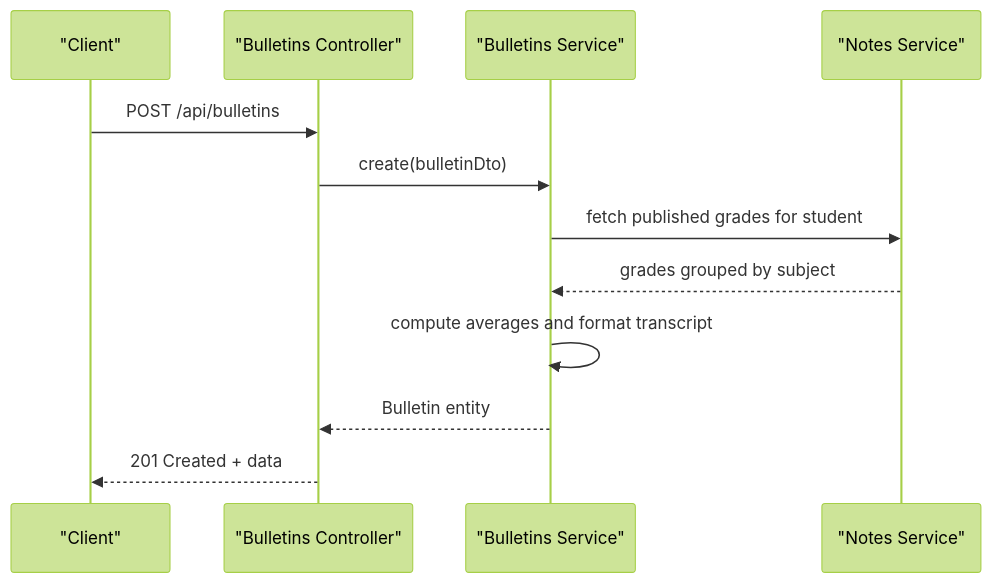
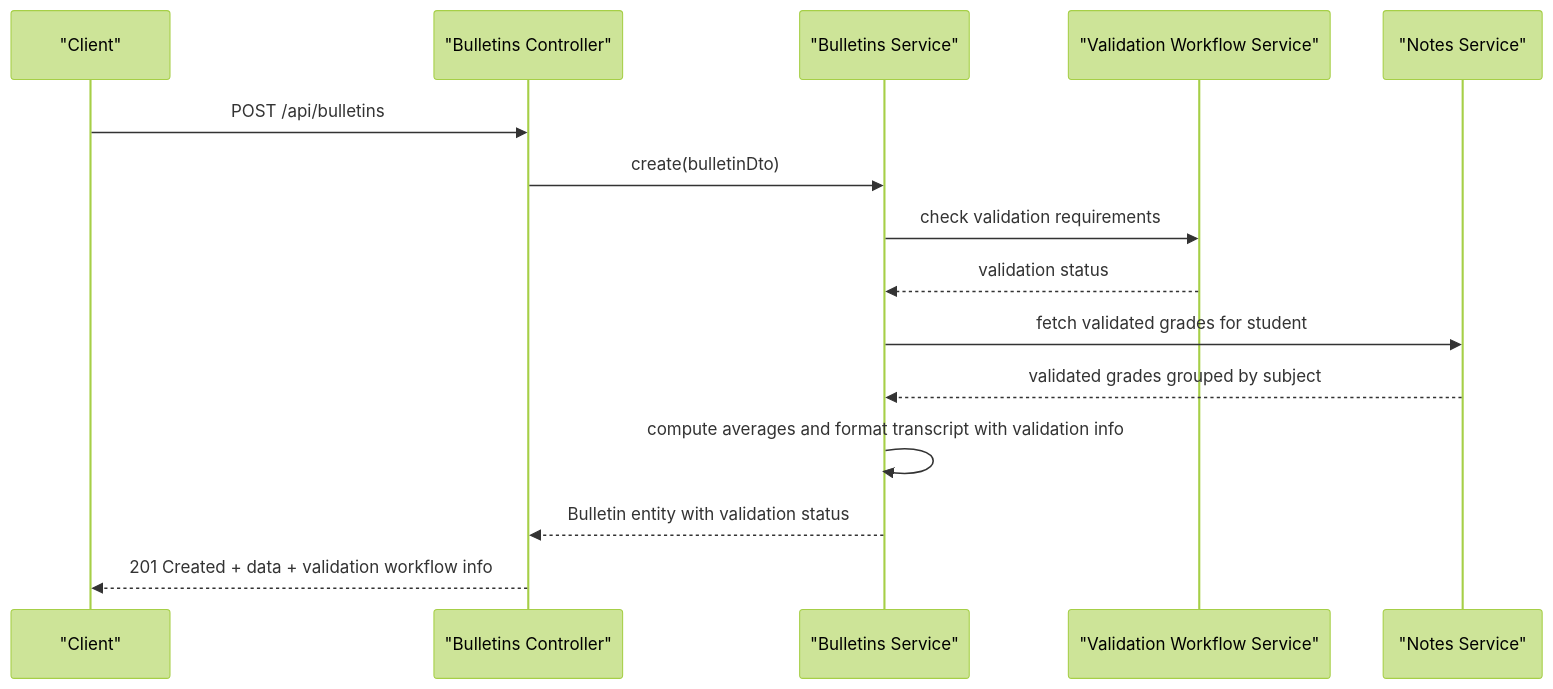
One commit to franckylab/eLISAschool changed the fourth of 7 diagrams in .qoder/repowiki/en/content/Backend API Documentation/Grading System API.md. Above: the diagram before and after it, drawn with Mermaid (forest theme). The commit also changed other lines of this file and 358 other files, not shown here.

First line of the commit message:
feat(validation): intégrer le système de workflow de validation

````diff
--- a/.qoder/repowiki/en/content/Backend API Documentation/Grading System API.md
+++ b/.qoder/repowiki/en/content/Backend API Documentation/Grading System API.md
@@ -236,14 +277,17 @@
 ```mermaid
 sequenceDiagram
 participant Client as "Client"
 participant BulletinsCtrl as "Bulletins Controller"
 participant BulletinsSvc as "Bulletins Service"
+participant ValidationSvc as "Validation Workflow Service"
 participant NotesSvc as "Notes Service"
 Client->>BulletinsCtrl : POST /api/bulletins
 BulletinsCtrl->>BulletinsSvc : create(bulletinDto)
-BulletinsSvc->>NotesSvc : fetch published grades for student
-NotesSvc-->>BulletinsSvc : grades grouped by subject
-BulletinsSvc->>BulletinsSvc : compute averages and format transcript
-BulletinsSvc-->>BulletinsCtrl : Bulletin entity
-BulletinsCtrl-->>Client : 201 Created + data
+BulletinsSvc->>ValidationSvc : check validation requirements
+ValidationSvc-->>BulletinsSvc : validation status
+BulletinsSvc->>NotesSvc : fetch validated grades for student
+NotesSvc-->>BulletinsSvc : validated grades grouped by subject
+BulletinsSvc->>BulletinsSvc : compute averages and format transcript with validation info
+BulletinsSvc-->>BulletinsCtrl : Bulletin entity with validation status
+BulletinsCtrl-->>Client : 201 Created + data + validation workflow info
 ```
````
